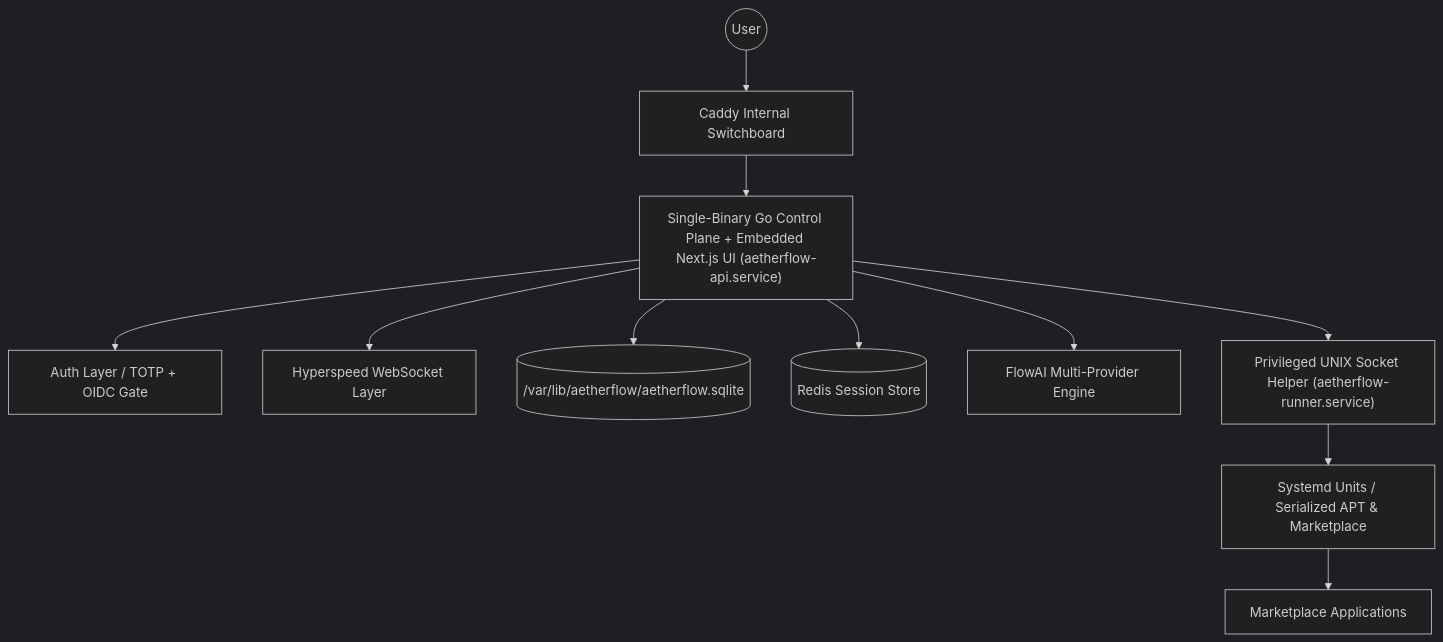
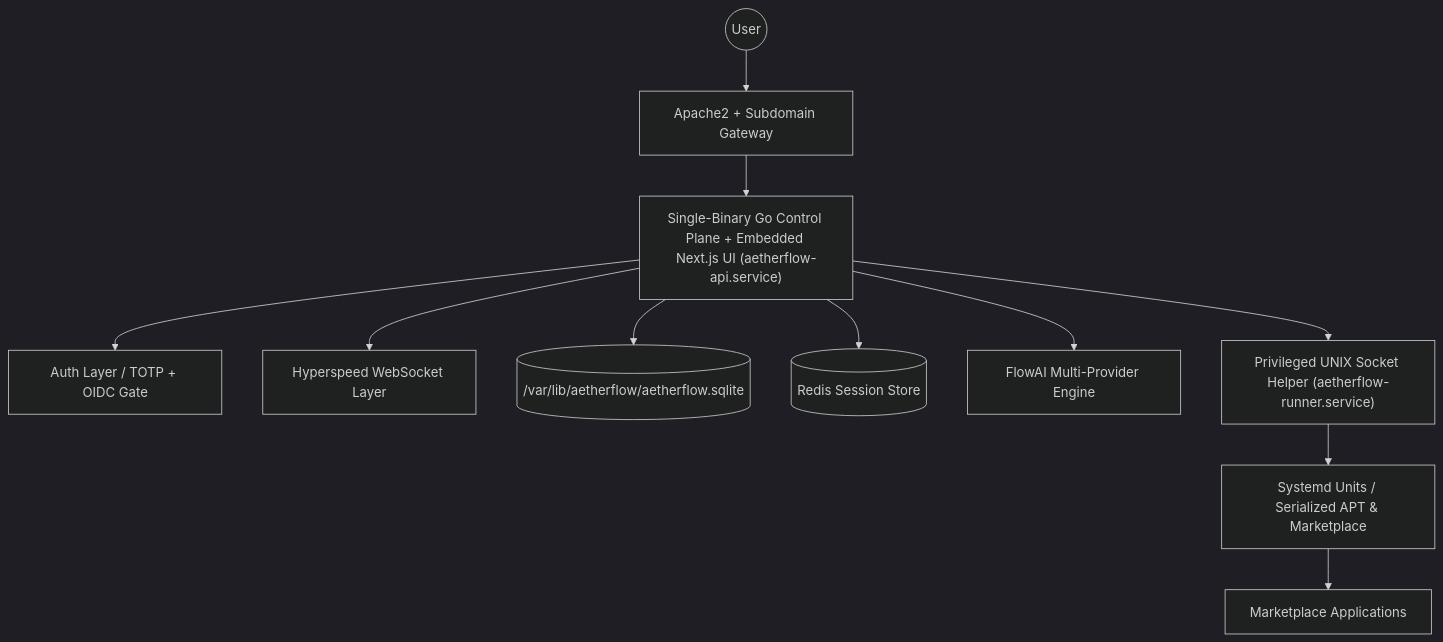
Before and after one commit to McEveritts/AetherFlow: the diagram in docs/architecture.md, drawn with Mermaid (dark theme). The commit also changed other lines of this file and 26 other files, not shown here.

Commit message:
chore(ingress): remove Caddy compatibility layer and consolidate on Apache2 Subdomain Gateway

````diff
--- a/docs/architecture.md
+++ b/docs/architecture.md
@@ -7,13 +7,13 @@
 ```mermaid
 graph TD
-    User((User)) --> Caddy[Caddy Internal Switchboard]
-    Caddy --> API["Single-Binary Go Control Plane + Embedded Next.js UI (aetherflow-api.service)"]
+    User((User)) --> Apache[Apache2 + Subdomain Gateway]
+    Apache --> API["Single-Binary Go Control Plane + Embedded Next.js UI (aetherflow-api.service)"]
     API --> Auth[Auth Layer / TOTP + OIDC Gate]
     API --> WS[Hyperspeed WebSocket Layer]
     API --> DB[("/var/lib/aetherflow/aetherflow.sqlite")]
     API --> Redis[(Redis Session Store)]
     API --> AI[FlowAI Multi-Provider Engine]
     API --> Runner["Privileged UNIX Socket Helper (aetherflow-runner.service)"]
     Runner --> Sys[Systemd Units / Serialized APT & Marketplace]
     Sys --> Apps[Marketplace Applications]
 ```
````
